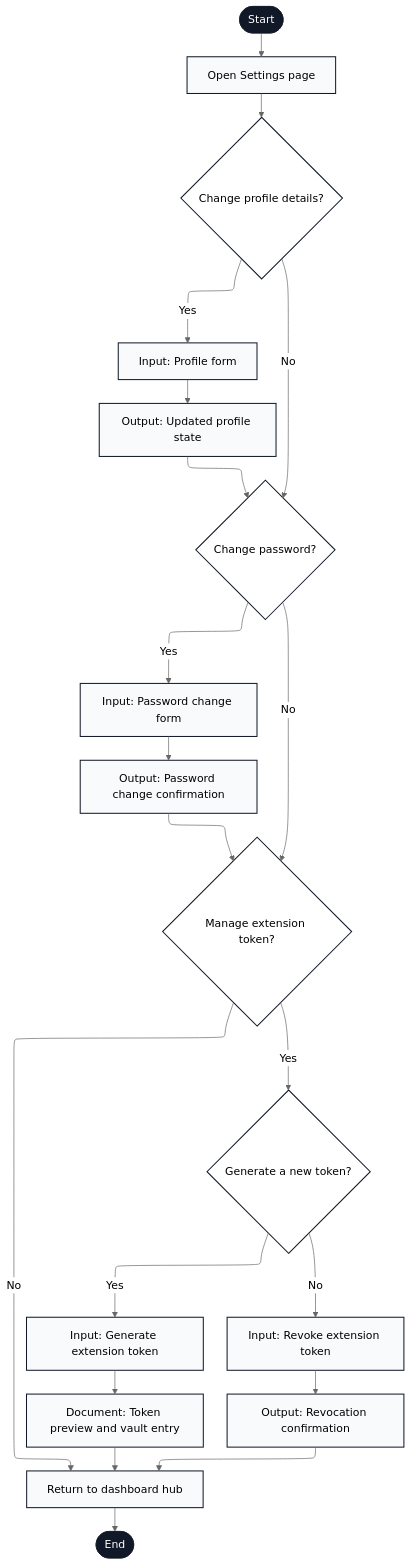
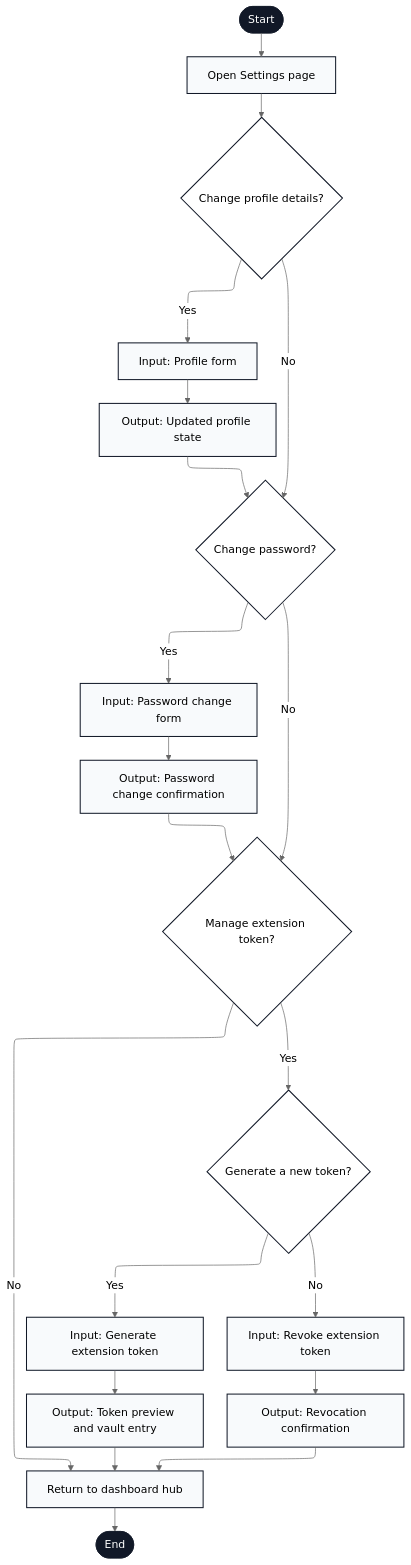
Before and after one commit to Rich-SCC/engagium_v0.2: diagram 11 of 15 in __documentation/_for thesis/appendix/appendix_a.md, drawn with Mermaid (neutral theme). The commit also changed other lines of this file, not shown here.

````diff
--- a/__documentation/_for thesis/appendix/appendix_a.md
+++ b/__documentation/_for thesis/appendix/appendix_a.md
@@ -657,39 +645,39 @@
 ```mermaid
 ---
 config:
   layout: elk
 ---
 flowchart TB
     Start(["Start"]) --> SettingsPage["Open Settings page"]
     SettingsPage --> NeedProfileChange{"Change profile details?"}
 
     NeedProfileChange -- Yes --> EditProfile["Input: Profile form"]
     EditProfile --> ProfileSaved["Output: Updated profile state"]
     NeedProfileChange -- No --> NeedPasswordChange{"Change password?"}
 
     ProfileSaved --> NeedPasswordChange
     NeedPasswordChange -- Yes --> EditPassword["Input: Password change form"]
     EditPassword --> PasswordSaved["Output: Password change confirmation"]
     NeedPasswordChange -- No --> NeedTokenAction{"Manage extension token?"}
 
     PasswordSaved --> NeedTokenAction
     NeedTokenAction -- Yes --> TokenChoice{"Generate a new token?"}
     TokenChoice -- Yes --> GenerateToken["Input: Generate extension token"]
     TokenChoice -- No --> RevokeToken["Input: Revoke extension token"]
 
-    GenerateToken --> TokenPreview["Document: Token preview and vault entry"]
+    GenerateToken --> TokenPreview["Output: Token preview and vault entry"]
     RevokeToken --> TokenRevoked["Output: Revocation confirmation"]
     TokenPreview --> ReturnHub["Return to dashboard hub"]
     TokenRevoked --> ReturnHub
 
     NeedTokenAction -- No --> ReturnHub
     ReturnHub --> End(["End"])
 
     classDef io fill:#f8fafc,stroke:#111827,stroke-width:1.5px;
     classDef decision fill:#ffffff,stroke:#111827,stroke-width:1.5px;
     classDef terminal fill:#111827,stroke:#111827,color:#ffffff;
 
     class SettingsPage,EditProfile,ProfileSaved,EditPassword,PasswordSaved,GenerateToken,RevokeToken,TokenPreview,TokenRevoked,ReturnHub io;
     class NeedProfileChange,NeedPasswordChange,NeedTokenAction,TokenChoice decision;
     class Start,End terminal;
 ```
````
